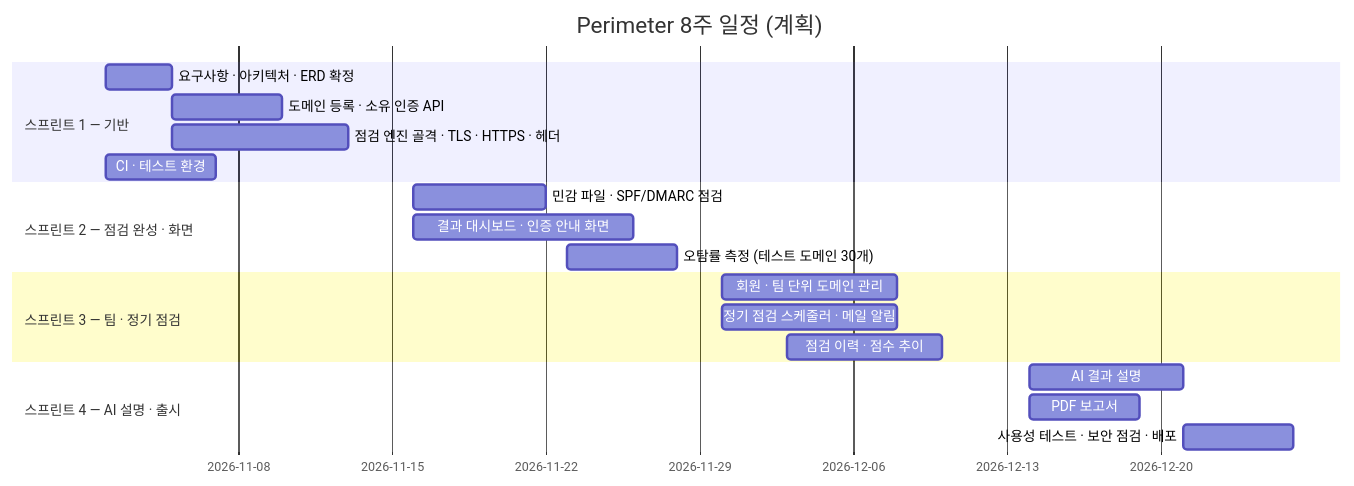
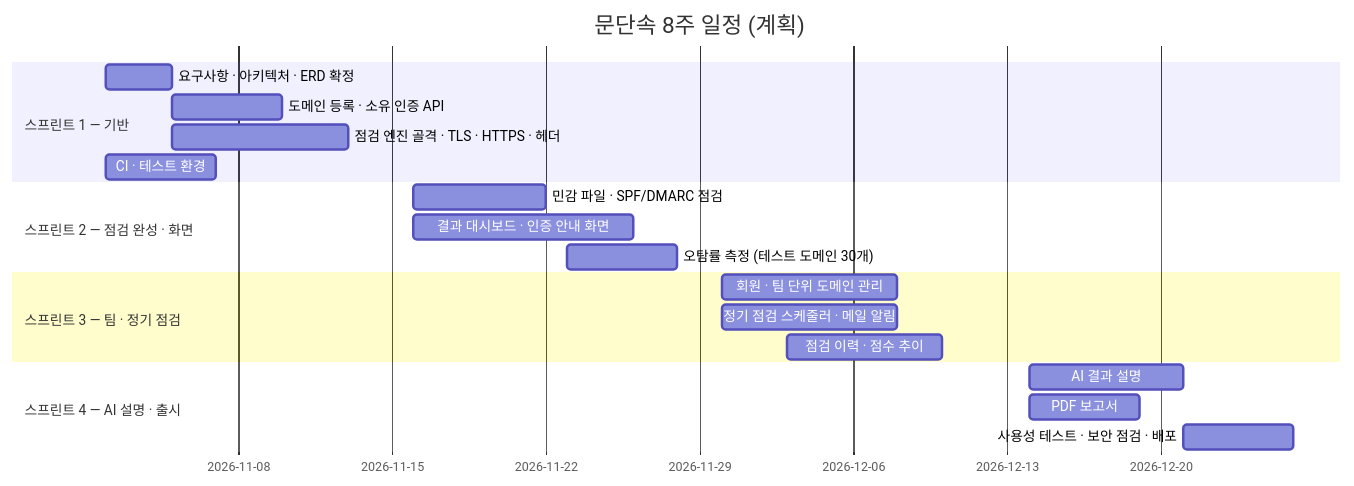
Before and after one commit to codes-gy/mundansok: the diagram in docs/planning/08-wbs-schedule.md, drawn with Mermaid. The commit also changed 102 other files, not shown here.

````diff
--- a/docs/planning/08-wbs-schedule.md
+++ b/docs/planning/08-wbs-schedule.md
@@ -5,22 +5,22 @@
 ```mermaid
 gantt
     dateFormat YYYY-MM-DD
-    title Perimeter 8주 일정 (계획)
+    title 문단속 8주 일정 (계획)
     section 스프린트 1 — 기반
     요구사항 · 아키텍처 · ERD 확정        :s1a, 2026-11-02, 3d
     도메인 등록 · 소유 인증 API           :s1b, after s1a, 5d
     점검 엔진 골격 · TLS · HTTPS · 헤더    :s1c, after s1a, 8d
     CI · 테스트 환경                      :s1d, 2026-11-02, 5d
     section 스프린트 2 — 점검 완성 · 화면
     민감 파일 · SPF/DMARC 점검             :s2a, 2026-11-16, 6d
     결과 대시보드 · 인증 안내 화면          :s2b, 2026-11-16, 10d
     오탐률 측정 (테스트 도메인 30개)        :s2c, 2026-11-23, 5d
     section 스프린트 3 — 팀 · 정기 점검
     회원 · 팀 단위 도메인 관리              :s3a, 2026-11-30, 8d
     정기 점검 스케줄러 · 메일 알림          :s3b, 2026-11-30, 8d
     점검 이력 · 점수 추이                   :s3c, 2026-12-03, 7d
     section 스프린트 4 — AI 설명 · 출시
     AI 결과 설명                          :s4a, 2026-12-14, 7d
     PDF 보고서                            :s4b, 2026-12-14, 5d
     사용성 테스트 · 보안 점검 · 배포         :s4c, 2026-12-21, 5d
 ```
````
